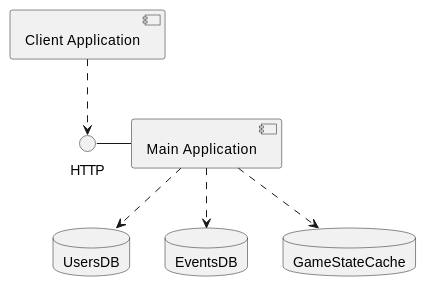
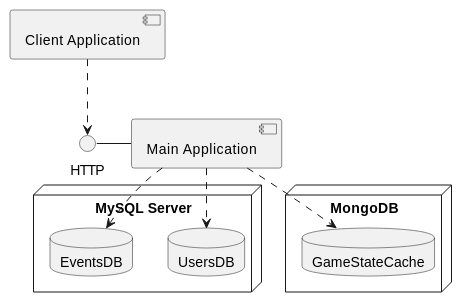
Before and after one commit to gnidan/foodtastechess-docs: the first of 2 diagrams in design/architecture.rst, drawn with PlantUML. The commit also changed other lines of this file, not shown here.

Commit message:
Restructuring architecture description and elucidating details

```diff
--- a/design/architecture.rst
+++ b/design/architecture.rst
@@ -70,11 +25,17 @@
 .. uml::
     :scale: 70 %
 
     [Client Application] ..> HTTP
     HTTP - [Main Application]
-    database UsersDB
-    database EventsDB
-    database GameStateCache
+    node "MySQL Server" {
+        database UsersDB
+        database EventsDB
+    }
+
+    node "MongoDB" {
+        database GameStateCache
+    }
+
     [Main Application] ..> UsersDB
     [Main Application] ..> EventsDB
     [Main Application] ..> GameStateCache
```
